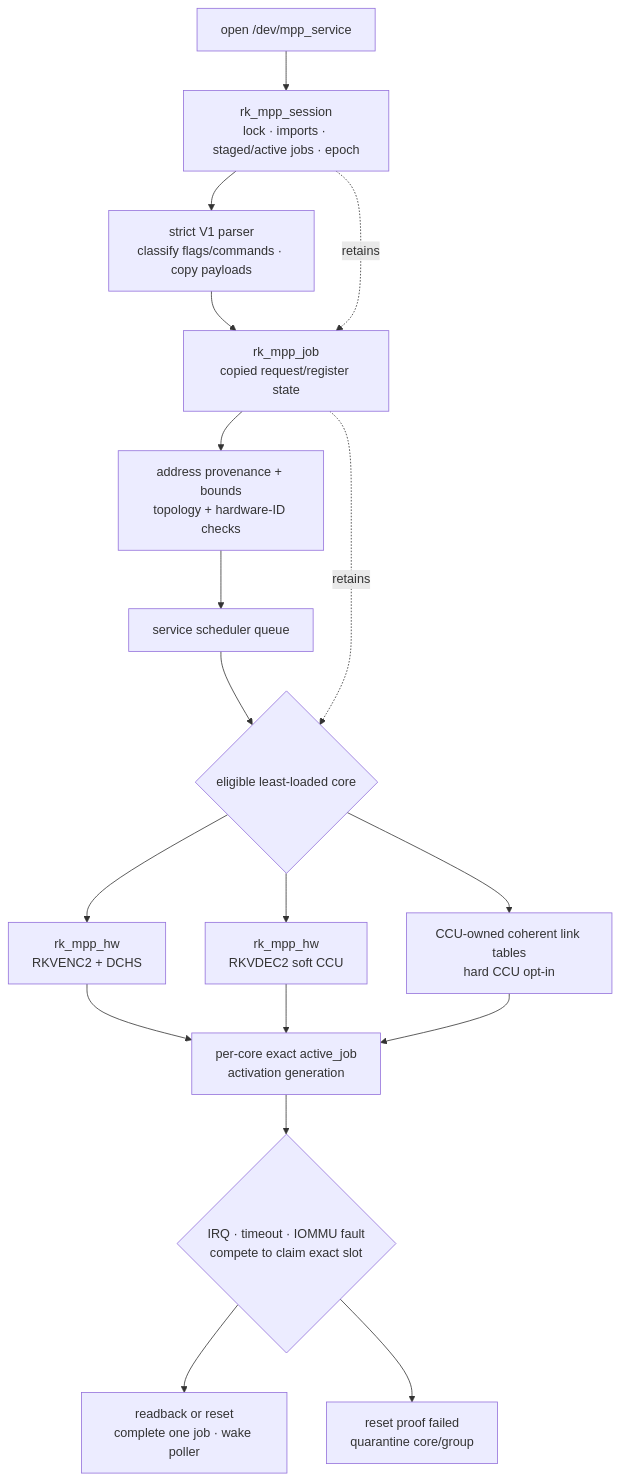
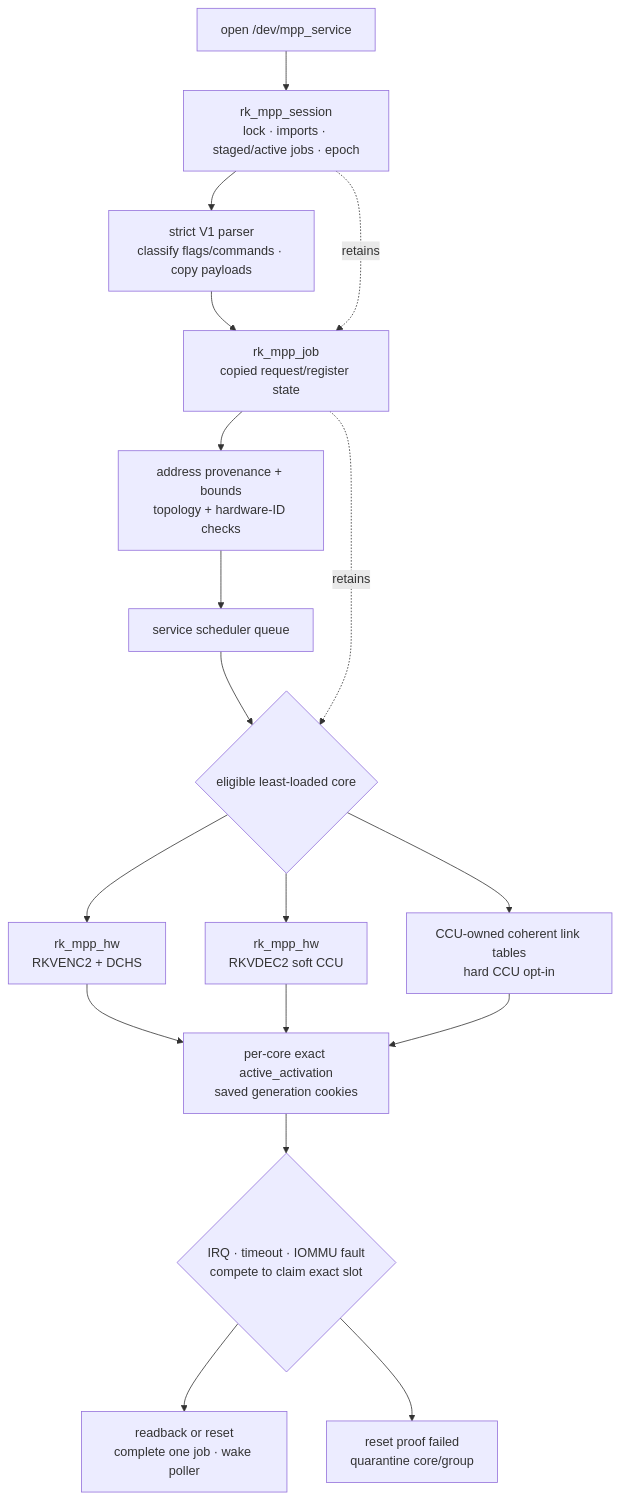
Before and after one commit to yisding/rock-5b-ysp: the third of 13 diagrams in kernel-drivers/docs/driver-architecture-comparison.md, drawn with Mermaid. The commit also changed 15 other files, not shown here.

````diff
--- a/kernel-drivers/docs/driver-architecture-comparison.md
+++ b/kernel-drivers/docs/driver-architecture-comparison.md
@@ -138,26 +138,26 @@
 ```mermaid
 flowchart TB
   fd["open /dev/mpp_service"]
   session["rk_mpp_session<br/>lock · imports · staged/active jobs · epoch"]
   parse["strict V1 parser<br/>classify flags/commands · copy payloads"]
   snapshot["rk_mpp_job<br/>copied request/register state"]
   validate["address provenance + bounds<br/>topology + hardware-ID checks"]
   queue["service scheduler queue"]
   choose{"eligible least-loaded core"}
   enc["rk_mpp_hw<br/>RKVENC2 + DCHS"]
   decsoft["rk_mpp_hw<br/>RKVDEC2 soft CCU"]
   dechard["CCU-owned coherent link tables<br/>hard CCU opt-in"]
-  active["per-core exact active_job<br/>activation generation"]
+  active["per-core exact active_activation<br/>saved generation cookies"]
   done{"IRQ · timeout · IOMMU fault<br/>compete to claim exact slot"}
   finish["readback or reset<br/>complete one job · wake poller"]
   quarantine["reset proof failed<br/>quarantine core/group"]
 
   fd --> session --> parse --> snapshot --> validate --> queue --> choose
   choose --> enc --> active
   choose --> decsoft --> active
   choose --> dechard --> active
   active --> done --> finish
   done --> quarantine
   session -. retains .-> snapshot
   snapshot -. retains .-> choose
 ```
````
